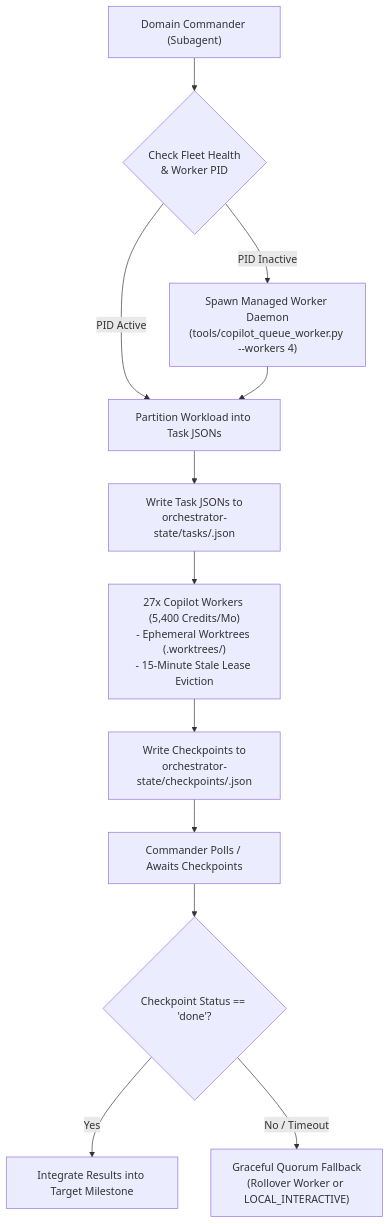
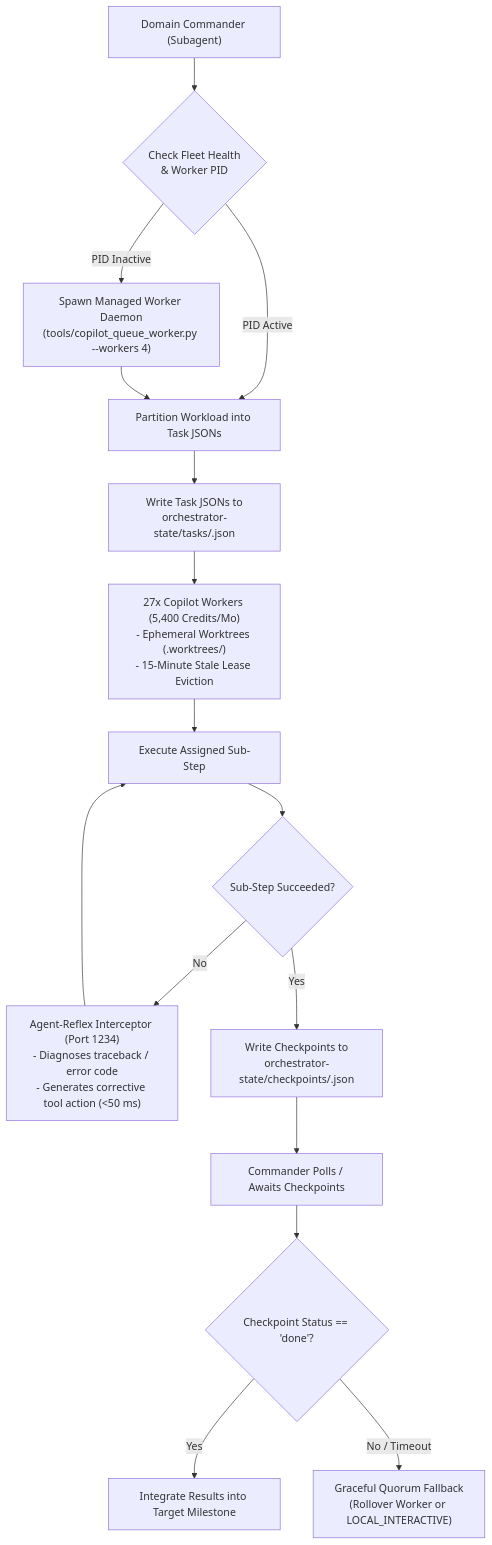
One commit to Aaradhya-Dev-Tamrakar/brainstorm changed the diagram in tools/skills/adaptive-workflow/references/fleet-command-architecture.md. Above: the diagram before and after it, drawn with Mermaid. The commit also changed other lines of this file and 14 other files, not shown here.

Commit message:
feat(adaptive-workflow): integrate fleet master brain 3b/7b, agent-reflex, and trajectory harvester

````diff
--- a/tools/skills/adaptive-workflow/references/fleet-command-architecture.md
+++ b/tools/skills/adaptive-workflow/references/fleet-command-architecture.md
@@ -11,18 +11,24 @@
 ```mermaid
 flowchart TD
     Cmdr["Domain Commander (Subagent)"] --> Preflight{"Check Fleet Health\n& Worker PID"}
     
     Preflight -- "PID Inactive" --> Spawn["Spawn Managed Worker Daemon\n(tools/copilot_queue_worker.py --workers 4)"]
     Preflight -- "PID Active" --> Batch["Partition Workload into Task JSONs"]
     Spawn --> Batch
     
     Batch --> Enqueue["Write Task JSONs to\norchestrator-state/tasks/<task_id>.json"]
     Enqueue --> Workers["27x Copilot Workers (5,400 Credits/Mo)\n- Ephemeral Worktrees (.worktrees/<task_id>)\n- 15-Minute Stale Lease Eviction"]
     
-    Workers --> Checkpoints["Write Checkpoints to\norchestrator-state/checkpoints/<task_id>.json"]
+    Workers --> ToolRun["Execute Assigned Sub-Step"]
+    ToolRun --> ErrorCheck{"Sub-Step Succeeded?"}
+    
+    ErrorCheck -- No --> Reflex["Agent-Reflex Interceptor (Port 1234)\n- Diagnoses traceback / error code\n- Generates corrective tool action (<50 ms)"]
+    Reflex --> ToolRun
+    
+    ErrorCheck -- Yes --> Checkpoints["Write Checkpoints to\norchestrator-state/checkpoints/<task_id>.json"]
     Checkpoints --> Monitor["Commander Polls / Awaits Checkpoints"]
     Monitor --> Verdict{"Checkpoint Status == 'done'?"}
     
     Verdict -- Yes --> Synthesize["Integrate Results into Target Milestone"]
     Verdict -- No / Timeout --> Fallback["Graceful Quorum Fallback\n(Rollover Worker or LOCAL_INTERACTIVE)"]
 ```
````
